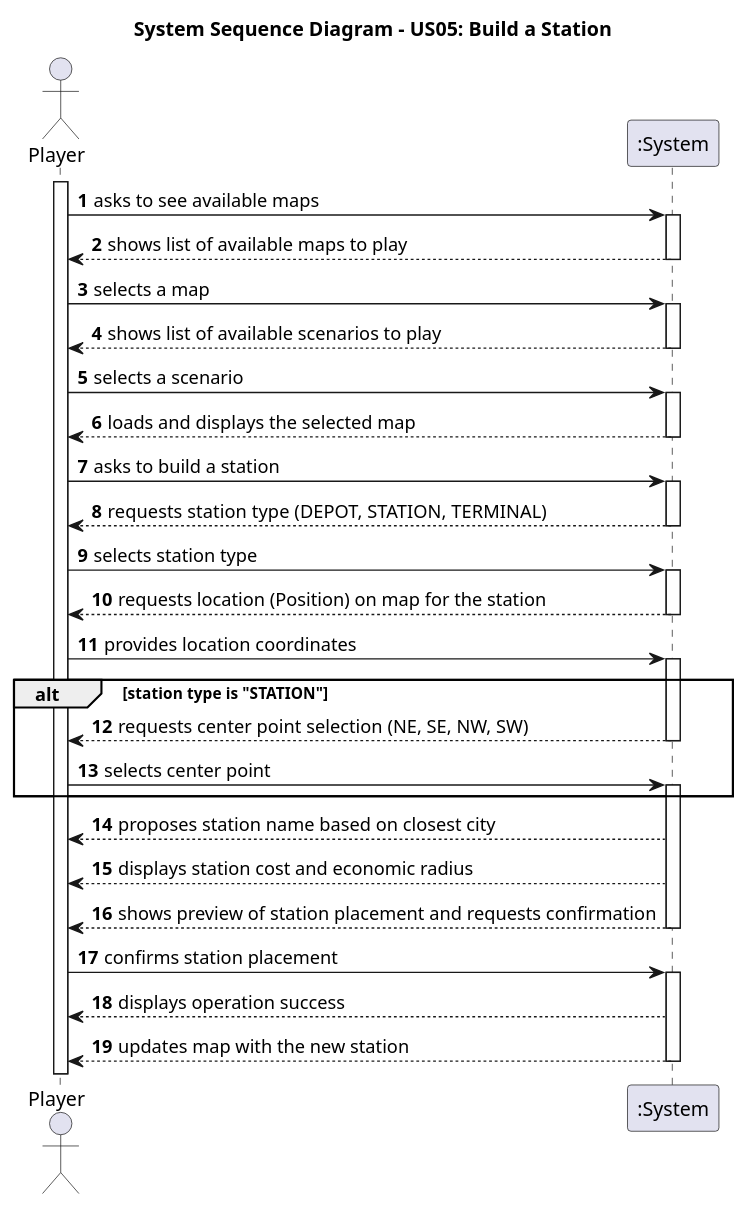
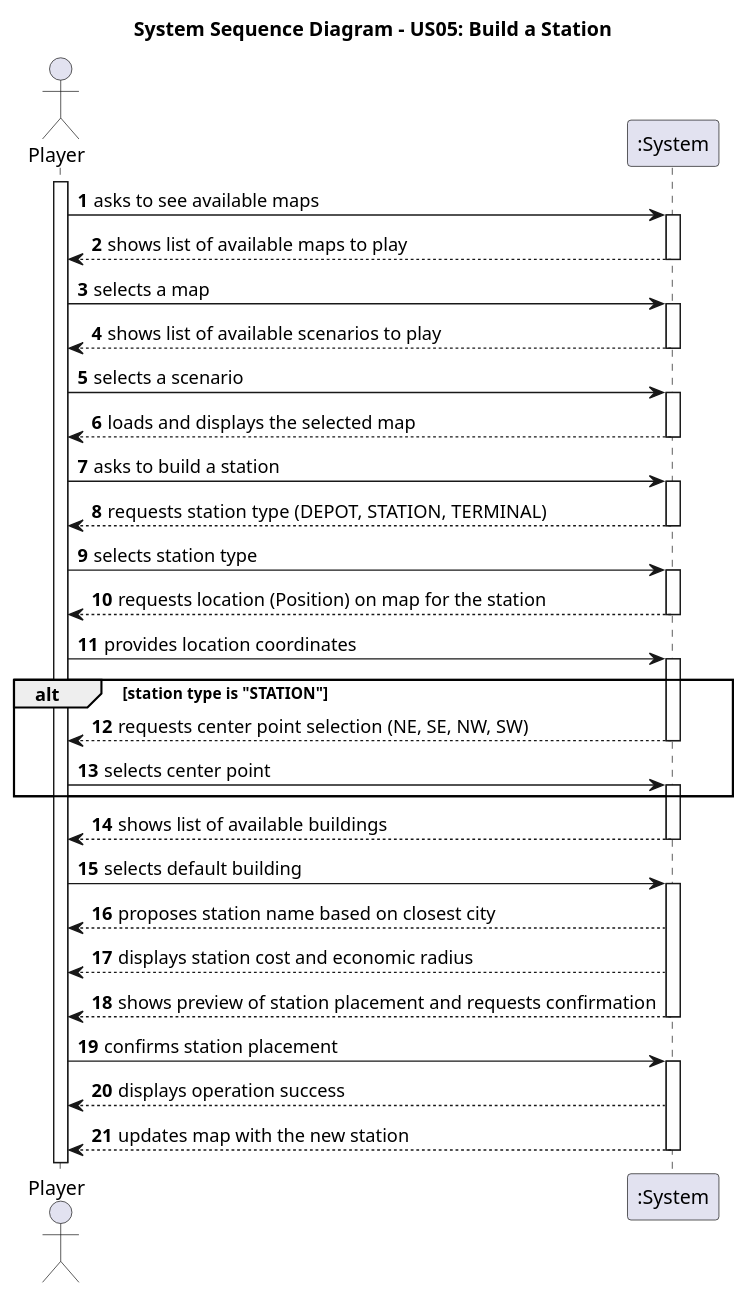
Before and after one commit to HenriqueSilva18/Railway-Network-Simulator: the diagram in docs/system-documentation/Sprint 3/US05/01.requirements-engineering/puml/US05-SSD.puml, drawn with PlantUML. The commit also changed 4 other files, not shown here.

```diff
--- a/docs/system-documentation/Sprint 3/US05/01.requirements-engineering/puml/US05-SSD.puml
+++ b/docs/system-documentation/Sprint 3/US05/01.requirements-engineering/puml/US05-SSD.puml
@@ -1,60 +1,66 @@
 @startuml
 autonumber
 
 title "System Sequence Diagram - US05: Build a Station"
 
 
 actor "Player" as Player
 participant ":System" as System
 
 activate Player
 Player -> System: asks to see available maps
 activate System
 System --> Player: shows list of available maps to play
 deactivate System
 Player -> System: selects a map
 activate System
 System --> Player: shows list of available scenarios to play
 deactivate System
 Player -> System : selects a scenario
 activate System
 
 System --> Player: loads and displays the selected map
 deactivate System
 
 Player -> System: asks to build a station
 
 activate System
 System --> Player: requests station type (DEPOT, STATION, TERMINAL)
 deactivate System
 
 Player -> System: selects station type
 
 activate System
 System --> Player: requests location (Position) on map for the station
 deactivate System
 
 Player -> System: provides location coordinates
 
 activate System
 alt station type is "STATION"
     System --> Player: requests center point selection (NE, SE, NW, SW)
     deactivate System
 
     Player -> System: selects center point
     activate System
 end
 
+System --> Player: shows list of available buildings
+deactivate System
+
+Player -> System: selects default building
+activate System
+
 System --> Player: proposes station name based on closest city
 System --> Player: displays station cost and economic radius
 System --> Player: shows preview of station placement and requests confirmation
 deactivate System
 
 Player -> System: confirms station placement
 
 activate System
 System --> Player: displays operation success
 System --> Player: updates map with the new station
 deactivate System
 
 @enduml
```
